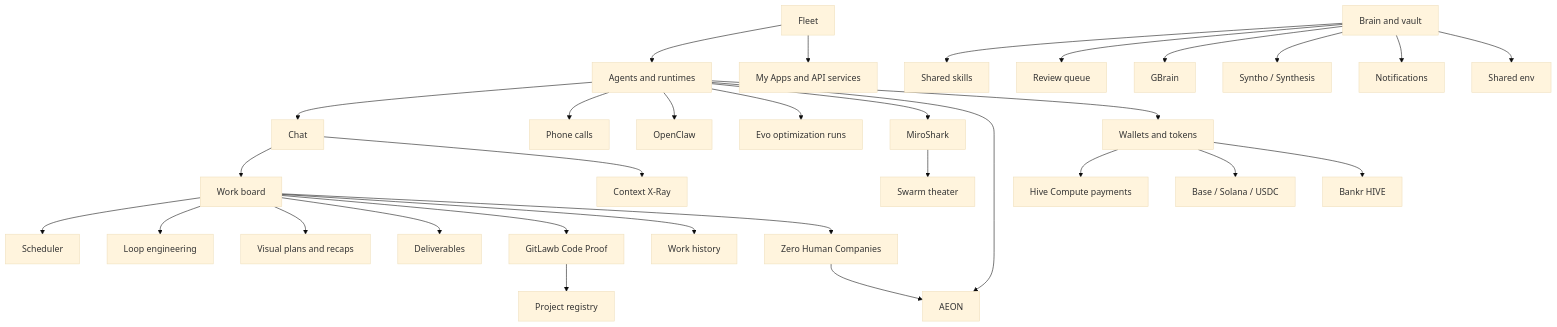
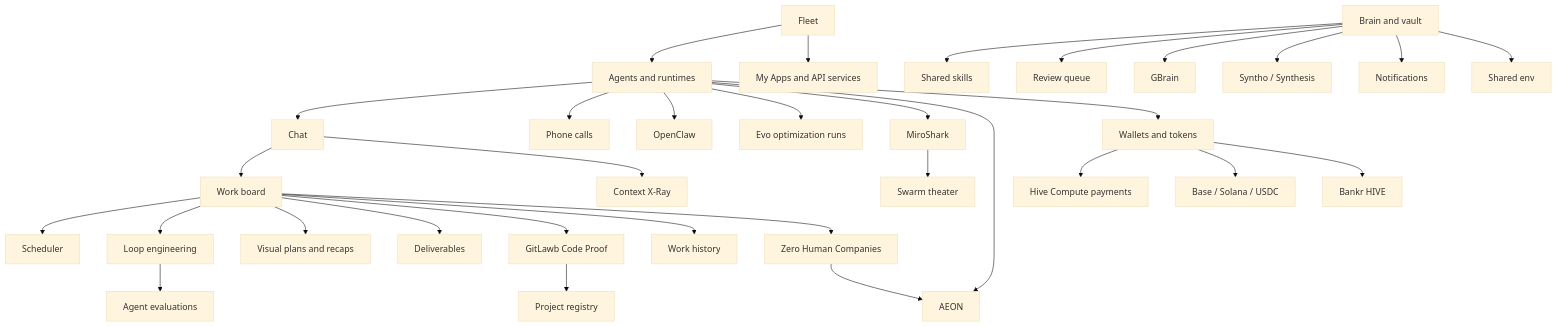
One commit to LiamVisionary/hivemindos changed the diagram in docs/for-users/features/index.md. Above: the diagram before and after it, drawn with Mermaid (base theme). The commit also changed other lines of this file and 494 other files, not shown here.

````diff
--- a/docs/for-users/features/index.md
+++ b/docs/for-users/features/index.md
@@ -223,33 +239,34 @@
 ```mermaid
 flowchart TD
   Fleet["Fleet"] --> Runtimes["Agents and runtimes"]
   Fleet --> Apps["My Apps and API services"]
   Runtimes --> Chat["Chat"]
   Runtimes --> Phone["Phone calls"]
   Chat --> Work["Work board"]
   Chat --> XRay["Context X-Ray"]
   Work --> Scheduler["Scheduler"]
   Work --> LoopEngineering["Loop engineering"]
+  LoopEngineering --> Evaluations["Agent evaluations"]
   Work --> VisualPlans["Visual plans and recaps"]
   Work --> Deliverables["Deliverables"]
   Work --> CodeProof["GitLawb Code Proof"]
   Work --> History["Work history"]
   Vault["Brain and vault"] --> Skills["Shared skills"]
   Vault --> ReviewQueue["Review queue"]
   Vault --> GBrain["GBrain"]
   Vault --> Syntho["Syntho / Synthesis"]
   Vault --> Notifications["Notifications"]
   Vault --> Env["Shared env"]
   Runtimes --> OpenClaw["OpenClaw"]
   Runtimes --> Evo["Evo optimization runs"]
   Runtimes --> MiroShark["MiroShark"]
   Runtimes --> AEON["AEON"]
   Work --> Companies["Zero Human Companies"]
   Companies --> AEON
   MiroShark --> Swarm["Swarm theater"]
   Runtimes --> Wallets["Wallets and tokens"]
   Wallets --> HiveCompute["Hive Compute payments"]
   Wallets --> TokenRails["Base / Solana / USDC"]
   Wallets --> Bankr["Bankr HIVE"]
   CodeProof --> Projects["Project registry"]
 ```
````
